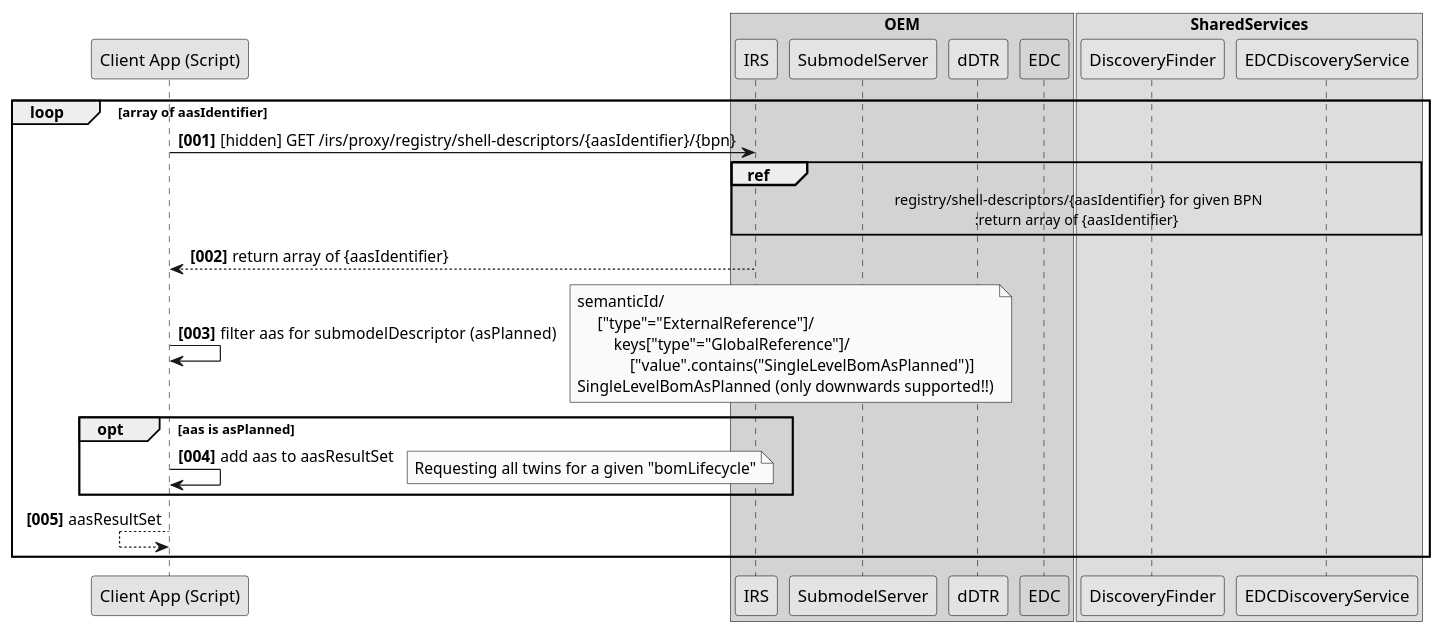
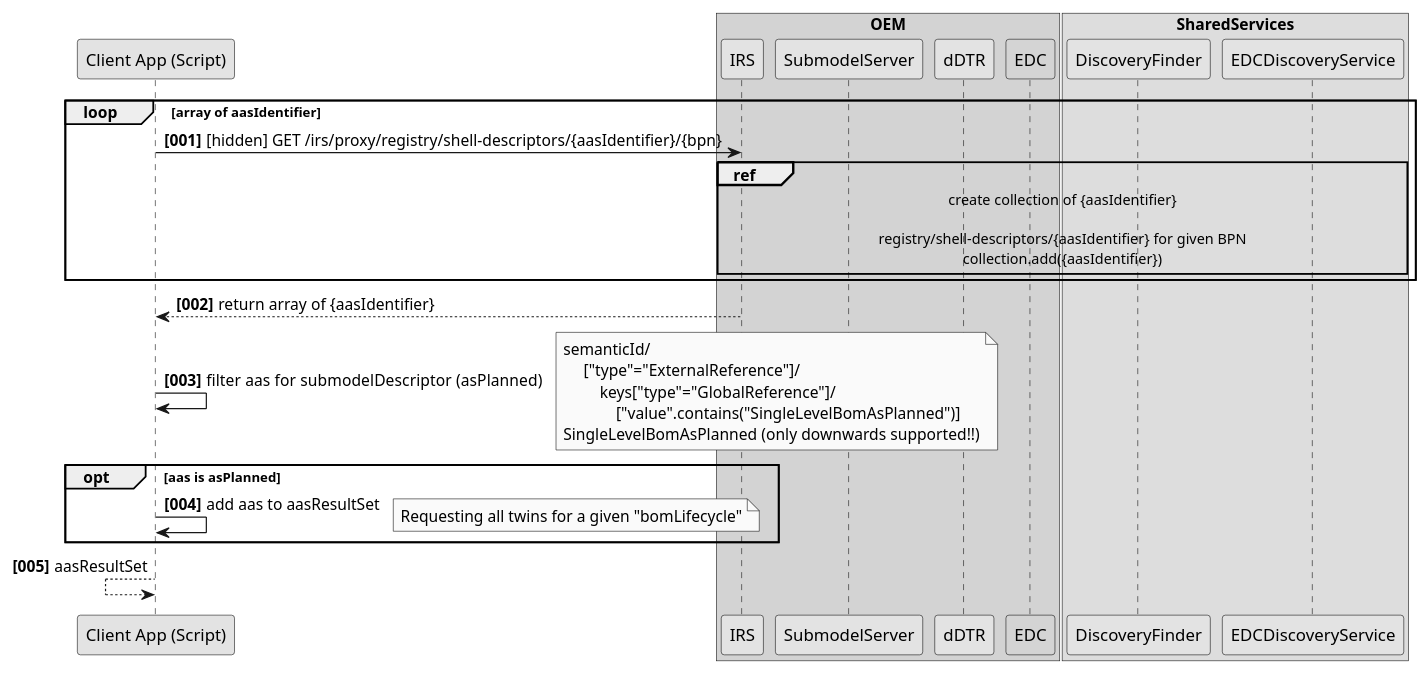
Before and after one commit to eclipse-tractusx/item-relationship-service: the diagram in docs/src/uml-diagrams/irs-recursive/ess-top-down/sequence/2_ess-top-down-sequence-Get_AAS_by_AasIdentifier_Filter_AsPlanned.puml, drawn with PlantUML. The commit also changed 1 other file, not shown here.

Commit message:
fix(uml):[TRI-1519] fix PR remarks

```diff
--- a/docs/src/uml-diagrams/irs-recursive/ess-top-down/sequence/2_ess-top-down-sequence-Get_AAS_by_AasIdentifier_Filter_AsPlanned.puml
+++ b/docs/src/uml-diagrams/irs-recursive/ess-top-down/sequence/2_ess-top-down-sequence-Get_AAS_by_AasIdentifier_Filter_AsPlanned.puml
@@ -1,57 +1,58 @@
 @startuml
 skinparam monochrome true
 skinparam shadowing false
 skinparam defaultFontName "Architects daughter"
 
 autonumber "<b>[000]"
 
 participant "Client App (Script)" as Client
 
 box "OEM" #LightGrey
     participant IRS as IRS
     participant SubmodelServer as SubmodelServer
     participant dDTR as dDTR
     participant EDC as EDC #99FF99
 end box
 
 
 box SharedServices
     participant DiscoveryFinder as DiscoveryFinder
     participant EDCDiscoveryService as EDCDiscoveryService
 end box
 
 
 loop array of aasIdentifier
     Client -> IRS : [hidden] GET /irs/proxy/registry/shell-descriptors/{aasIdentifier}/{bpn}
     ref over IRS, DiscoveryFinder, EDCDiscoveryService, EDC, dDTR
-         registry/shell-descriptors/{aasIdentifier} for given BPN
-        :return array of {aasIdentifier}
+        create collection of {aasIdentifier}
+
+        registry/shell-descriptors/{aasIdentifier} for given BPN
+        collection.add({aasIdentifier})
     end
-
-    Client <-- IRS : return array of {aasIdentifier}
-
-    Client -> Client :  filter aas for submodelDescriptor  (asPlanned)
-            note right
-                   semanticId/
-                        ["type"="ExternalReference"]/
-                            keys["type"="GlobalReference"]/
-                                ["value".contains("SingleLevelBomAsPlanned")]
-                   SingleLevelBomAsPlanned (only downwards supported!!)
-            end note
-
-    opt aas is asPlanned
-
-         Client -> Client : add aas to aasResultSet
-         note right
-                     Requesting all twins for a given "bomLifecycle"
-         end note
-
-    end opt
-
-    Client <-- Client : aasResultSet
-
 end loop
 
 
+Client <-- IRS : return array of {aasIdentifier}
+
+Client -> Client :  filter aas for submodelDescriptor  (asPlanned)
+        note right
+               semanticId/
+                    ["type"="ExternalReference"]/
+                        keys["type"="GlobalReference"]/
+                            ["value".contains("SingleLevelBomAsPlanned")]
+               SingleLevelBomAsPlanned (only downwards supported!!)
+        end note
+
+opt aas is asPlanned
+
+     Client -> Client : add aas to aasResultSet
+     note right
+                 Requesting all twins for a given "bomLifecycle"
+     end note
+
+end opt
+
+Client <-- Client : aasResultSet
+
 
 @enduml
```
